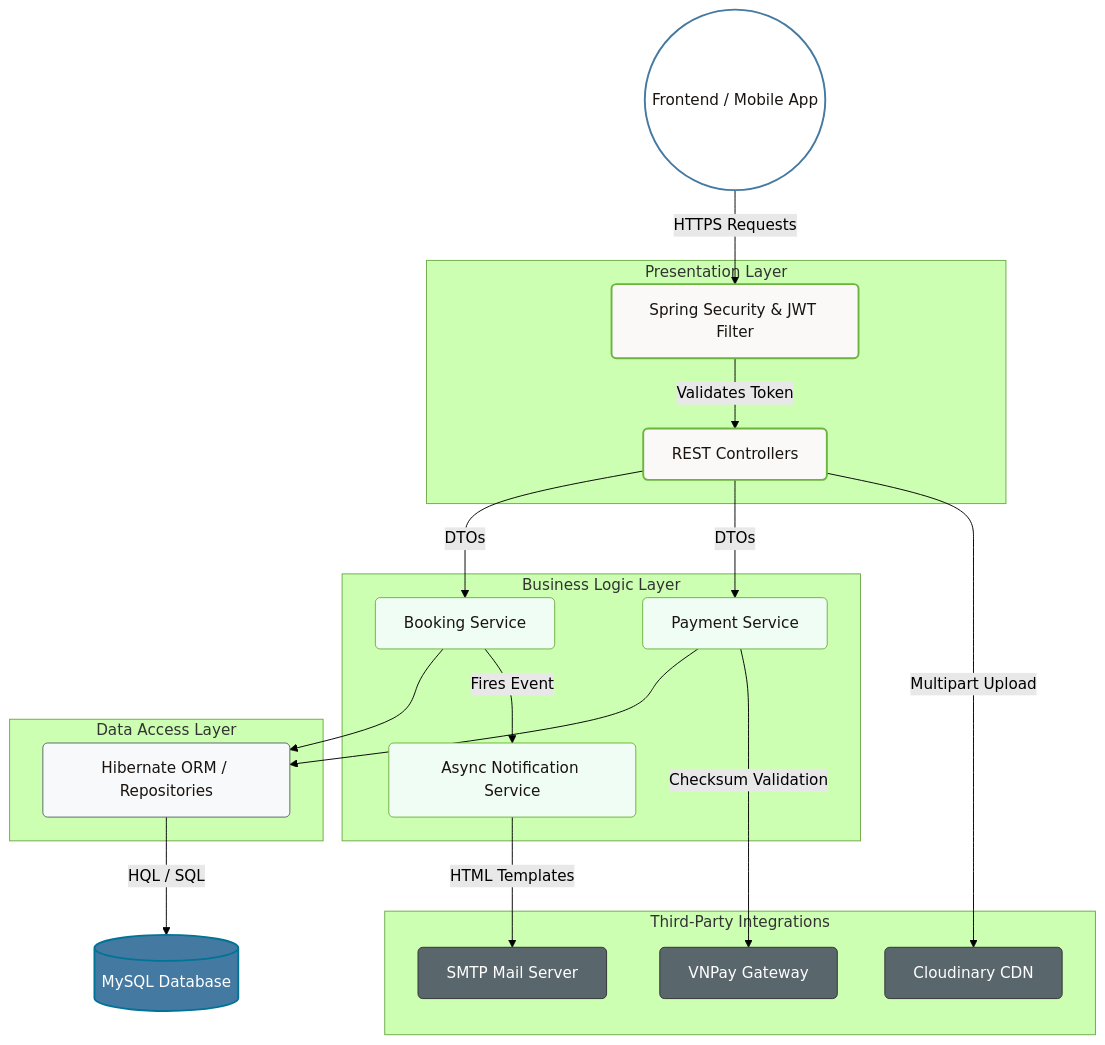
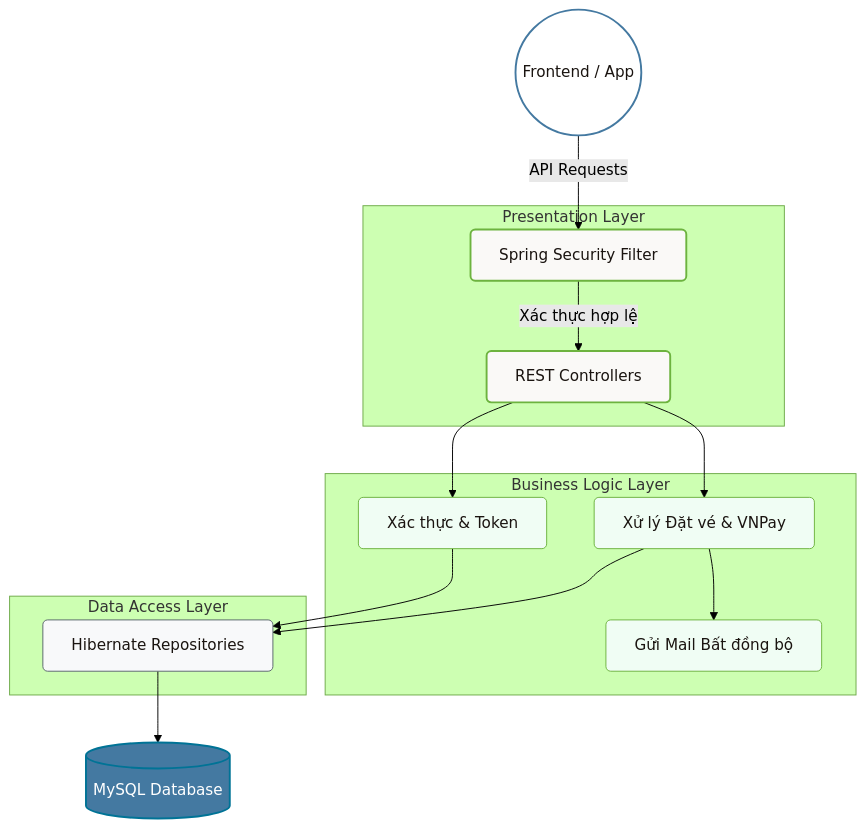
The diagram in README.md (Tranloc12/DoAnNganhQuanLiXeKhach), drawn with Mermaid (forest theme) before and after one commit. The commit also changed other lines of this file, not shown here.

````diff
--- a/README.md
+++ b/README.md
@@ -26,51 +59,38 @@
 ```mermaid
 graph TD
     %% Styling Definitions
     classDef client fill:#ffffff,stroke:#4479A1,stroke-width:2px,color:#1a1410,rx:5px,ry:5px;
     classDef controller fill:#faf9f7,stroke:#6DB33F,stroke-width:2px,color:#1a1410,rx:5px,ry:5px;
     classDef service fill:#f0fdf4,stroke:#6DB33F,stroke-width:1px,color:#1a1410,rx:5px,ry:5px;
     classDef repo fill:#f8f9fa,stroke:#59666C,stroke-width:1px,color:#1a1410,rx:5px,ry:5px;
     classDef db fill:#4479A1,stroke:#007396,stroke-width:2px,color:#ffffff,rx:5px,ry:5px;
-    classDef external fill:#59666C,stroke:#333333,stroke-width:1px,color:#ffffff,rx:5px,ry:5px;
-
-    %% Nodes
-    Client((Frontend / Mobile App)):::client
+    
+    Client((Frontend / App)):::client
     
     subgraph Presentation Layer
-        Security[Spring Security & JWT Filter]:::controller
+        Security[Spring Security Filter]:::controller
         API[REST Controllers]:::controller
     end
     
     subgraph Business Logic Layer
-        BookingSvc[Booking Service]:::service
-        PaymentSvc[Payment Service]:::service
-        NotificationSvc[Async Notification Service]:::service
+        AuthSvc[Xác thực & Token]:::service
+        BookingSvc[Xử lý Đặt vé & VNPay]:::service
+        MailSvc[Gửi Mail Bất đồng bộ]:::service
     end
     
     subgraph Data Access Layer
-        Hibernate[Hibernate ORM / Repositories]:::repo
+        Hibernate[Hibernate Repositories]:::repo
     end
     
     DB[(MySQL Database)]:::db
+
+    Client -->|API Requests| Security
+    Security -->|Xác thực hợp lệ| API
+    API --> AuthSvc
+    API --> BookingSvc
+    BookingSvc --> MailSvc
     
-    subgraph Third-Party Integrations
-        VNPay[VNPay Gateway]:::external
-        Mail[SMTP Mail Server]:::external
-        Cloudinary[Cloudinary CDN]:::external
-    end
-
-    %% Connections
-    Client -->|HTTPS Requests| Security
-    Security -->|Validates Token| API
-    API -->|DTOs| BookingSvc
-    API -->|DTOs| PaymentSvc
-    
+    AuthSvc --> Hibernate
     BookingSvc --> Hibernate
-    PaymentSvc --> Hibernate
-    BookingSvc -->|Fires Event| NotificationSvc
-    
-    Hibernate -->|HQL / SQL| DB
-    PaymentSvc -->|Checksum Validation| VNPay
-    NotificationSvc -->|HTML Templates| Mail
-    API -->|Multipart Upload| Cloudinary
+    Hibernate --> DB
 ```
````
